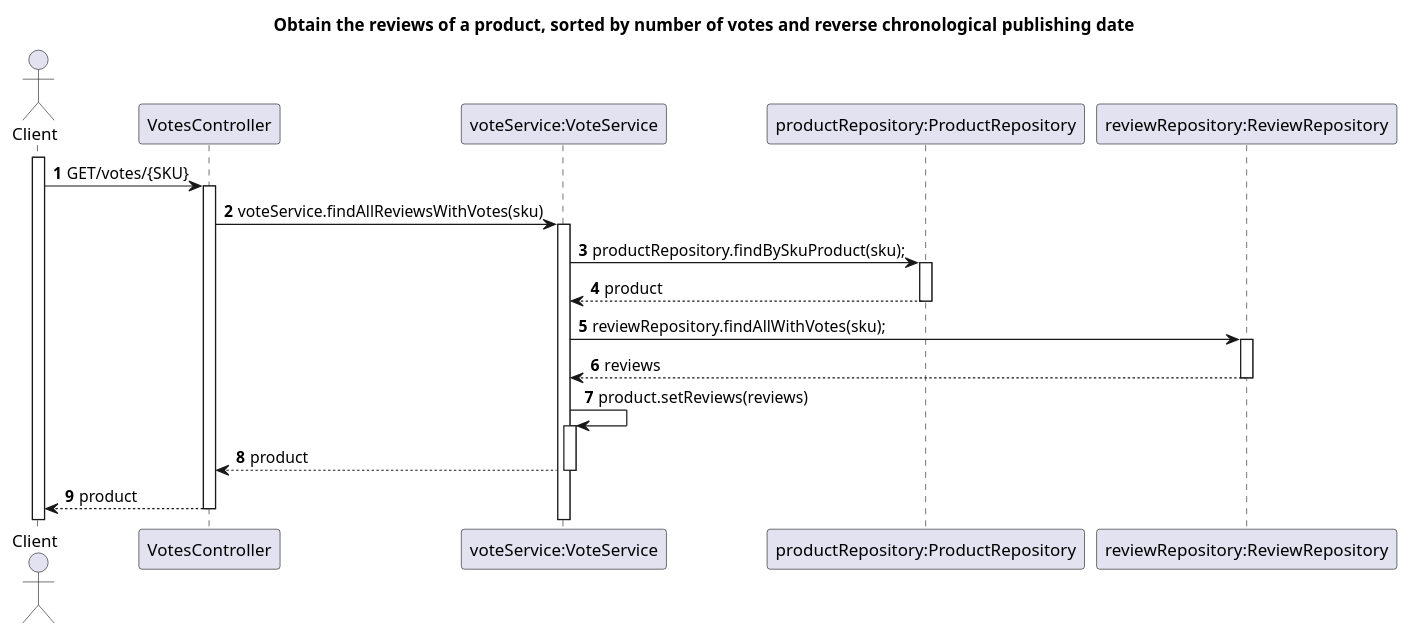
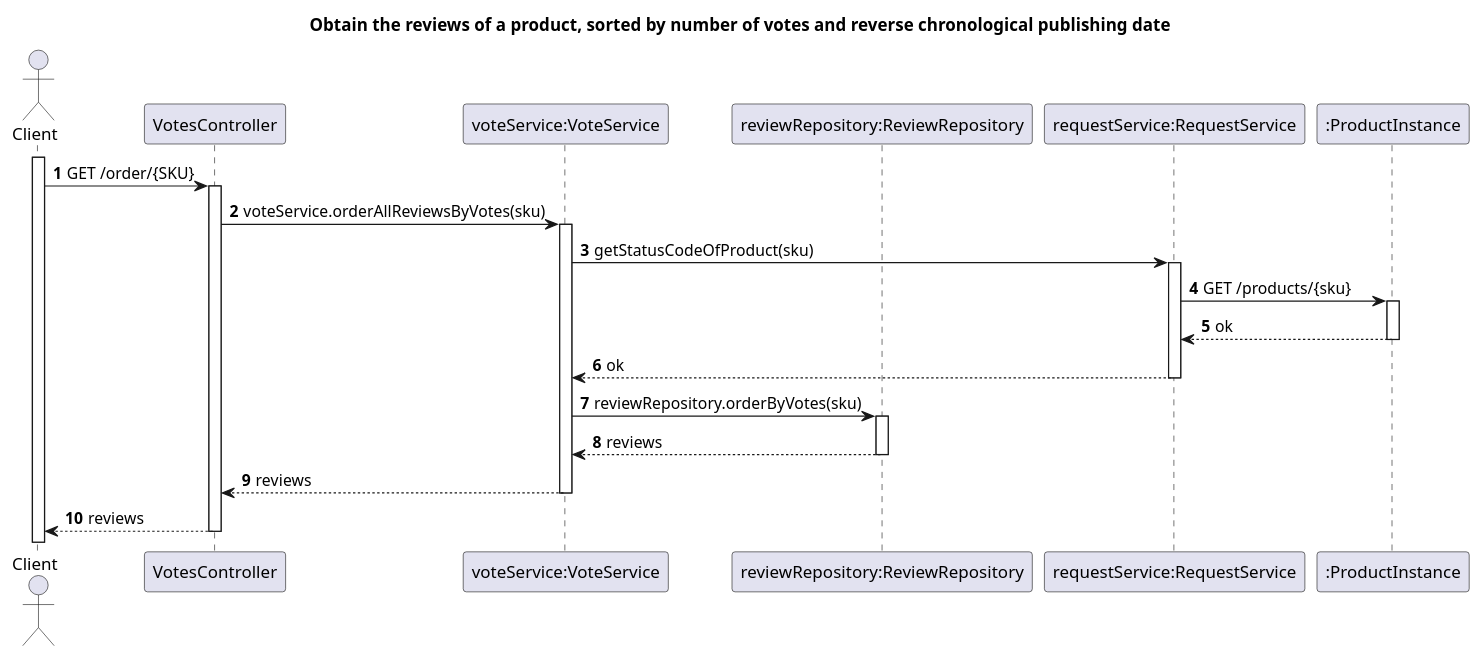
The diagram in Docs/US08-SD.puml (TiagoNora/SIDIS-Docs), drawn with PlantUML before and after one commit. The commit also changed 1 other file, not shown here.

```diff
--- a/Docs/US08-SD.puml
+++ b/Docs/US08-SD.puml
@@ -1,26 +1,28 @@
 @startuml
 'https://plantuml.com/sequence-diagram
 
 title Obtain the reviews of a product, sorted by number of votes and reverse chronological publishing date
 autoactivate on
 autonumber
 
 actor "Client" as Client
 participant "VotesController" as Ctrl
 participant "voteService:VoteService" as Svc
-participant "productRepository:ProductRepository" as productRepository
 participant "reviewRepository:ReviewRepository" as reviewRepository
+participant "requestService:RequestService" as request
+participant ":ProductInstance" as instance
 
 activate Client
 
-Client -> Ctrl : GET/votes/{SKU}
-Ctrl -> Svc : voteService.findAllReviewsWithVotes(sku)
-Svc -> productRepository: productRepository.findBySkuProduct(sku);
-productRepository --> Svc: product
-Svc -> reviewRepository: reviewRepository.findAllWithVotes(sku);
+Client -> Ctrl : GET /order/{SKU}
+Ctrl -> Svc : voteService.orderAllReviewsByVotes(sku)
+Svc -> request: getStatusCodeOfProduct(sku)
+request -> instance: GET /products/{sku}
+instance --> request: ok
+request --> Svc: ok
+Svc -> reviewRepository: reviewRepository.orderByVotes(sku)
 reviewRepository --> Svc: reviews
-Svc -> Svc: product.setReviews(reviews)
-Svc --> Ctrl: product
-Ctrl --> Client: product
+Svc --> Ctrl: reviews
+Ctrl --> Client: reviews
 
 @enduml
```
